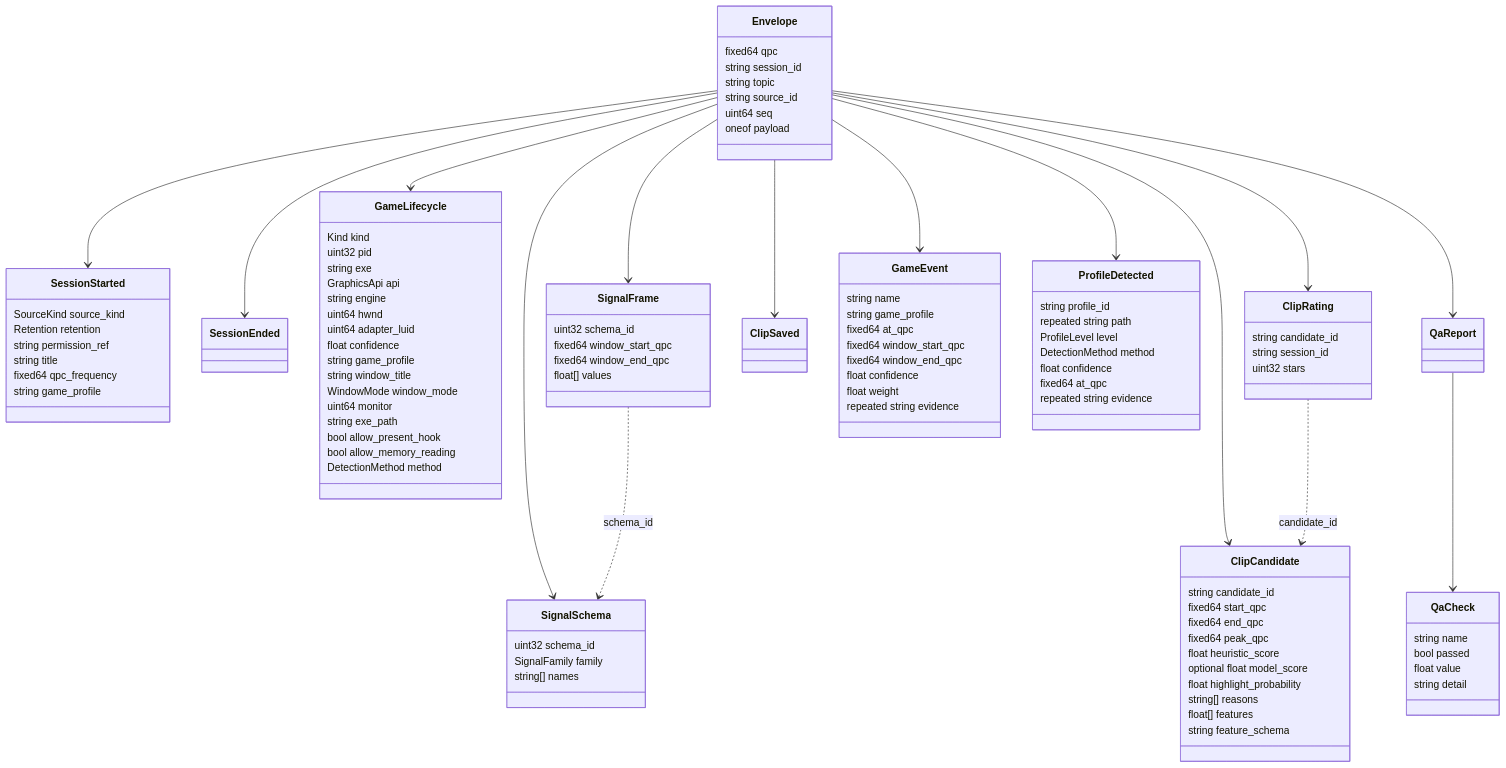
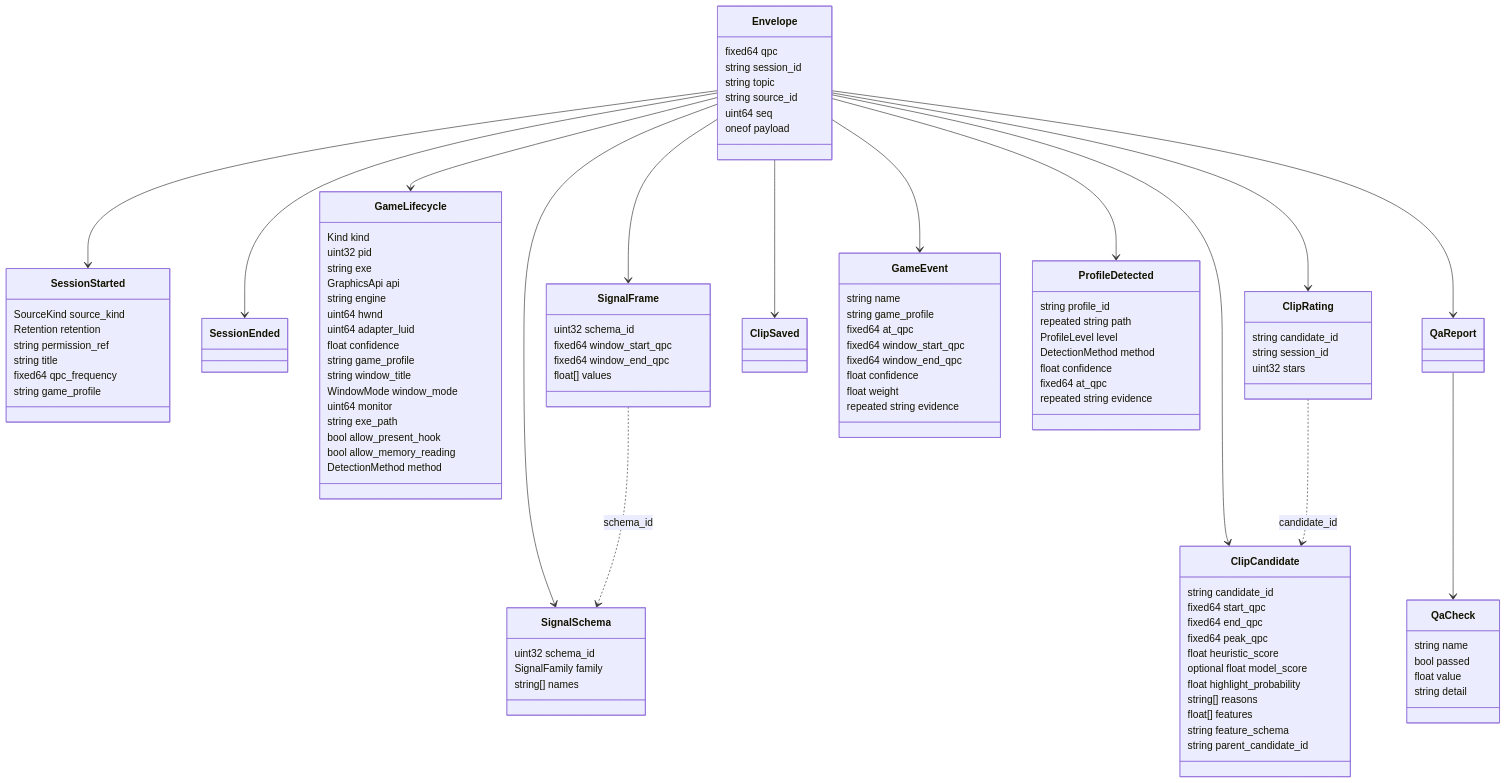
One commit to Joshmh7128/Lookback changed the diagram in docs/wiki/Event-Schema.md. Above: the diagram before and after it, drawn with Mermaid. The commit also changed other lines of this file and 32 other files, not shown here.

```diff
--- a/docs/wiki/Event-Schema.md
+++ b/docs/wiki/Event-Schema.md
@@ -117,6 +117,7 @@
         string[] reasons
         float[] features
         string feature_schema
+        string parent_candidate_id
     }
     class QaCheck {
         string name
```
